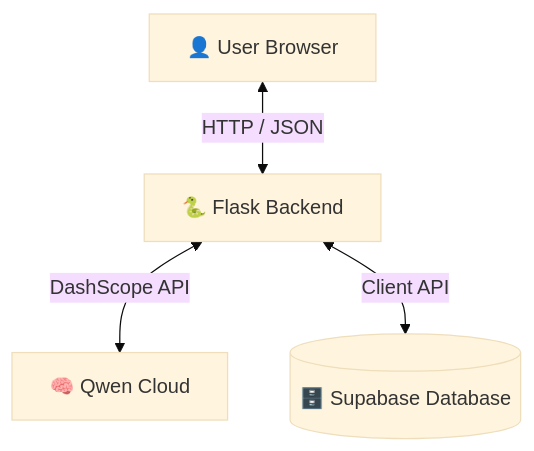
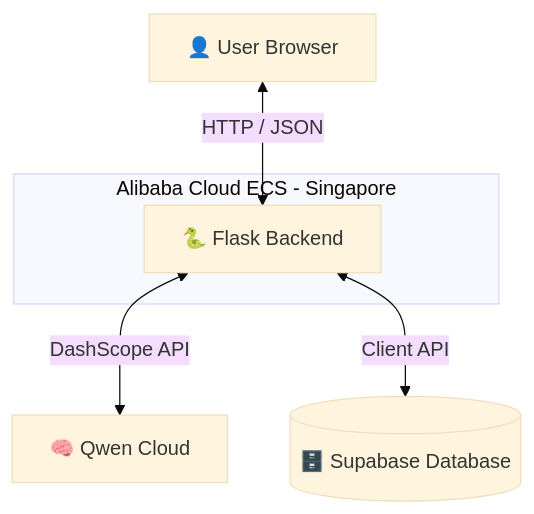
One commit to WebSolutionist/PennyPal changed the diagram in README.md. Above: the diagram before and after it, drawn with Mermaid (base theme). The commit also changed other lines of this file, not shown here.

````diff
--- a/README.md
+++ b/README.md
@@ -9,6 +37,11 @@
 ```mermaid
 graph TD
-    User[👤 User Browser] <-->|HTTP / JSON| Backend[🐍 Flask Backend]
+    User[👤 User Browser] <-->|HTTP / JSON| Backend
+
+    subgraph Alibaba Cloud ECS - Singapore
+        Backend[🐍 Flask Backend]
+    end
+
     Backend <-->|DashScope API| Qwen[🧠 Qwen Cloud]
     Backend <-->|Client API| Supabase[(🗄️ Supabase Database)]
 ```
````
